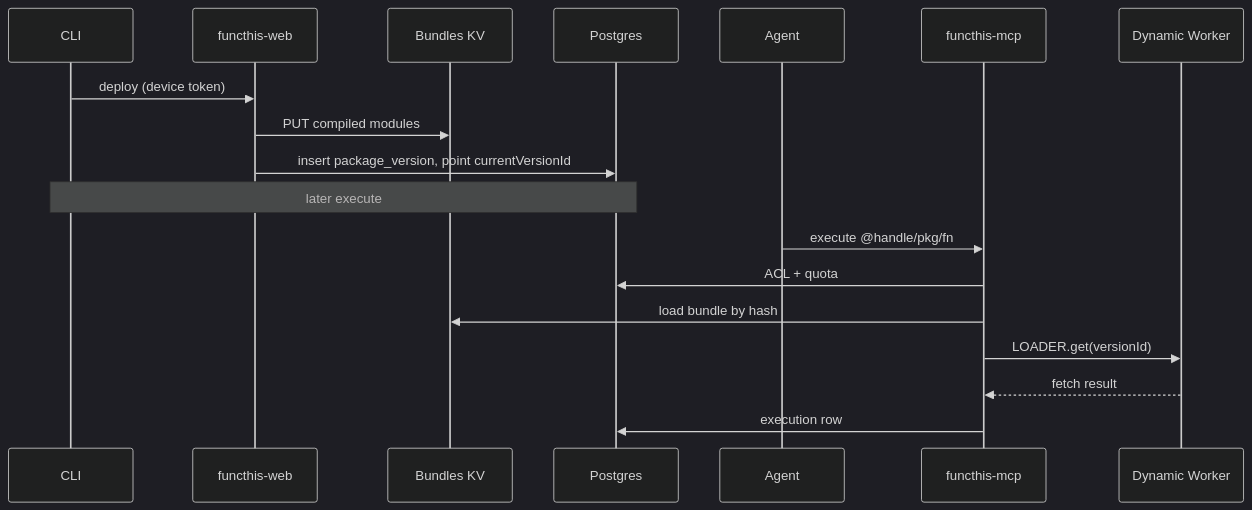
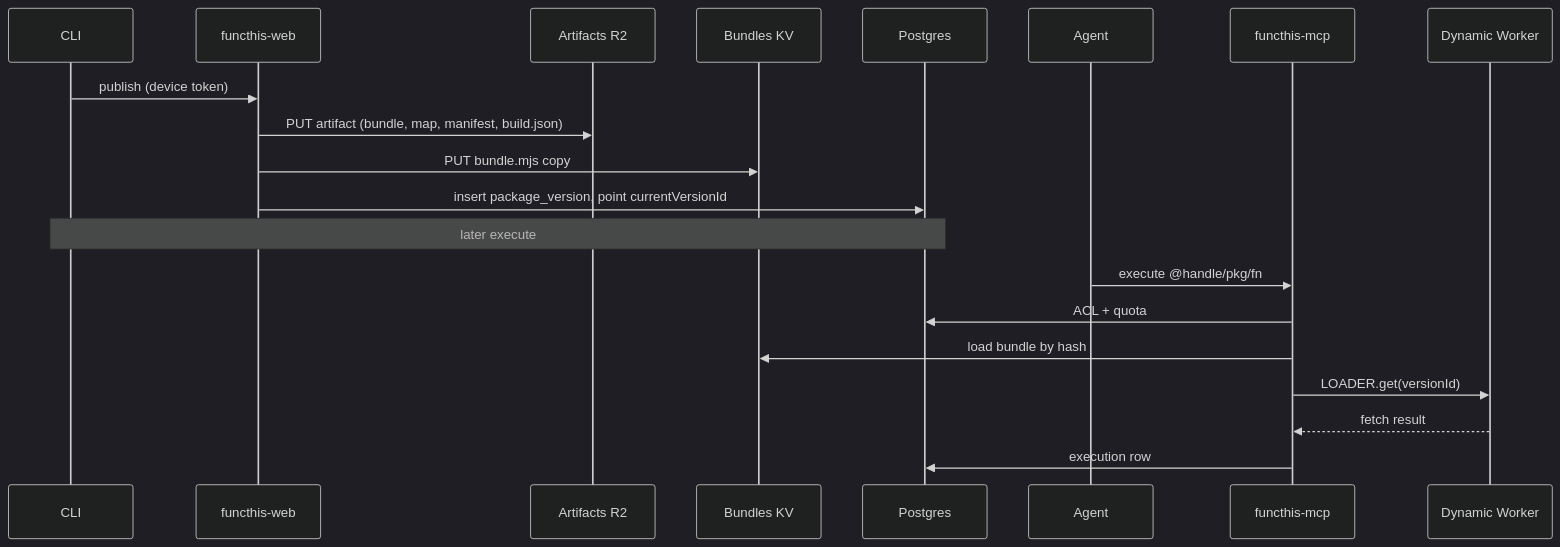
Before and after one commit to xmazu/functhis: the second of 3 diagrams in architecture.md, drawn with Mermaid (dark theme). The commit also changed other lines of this file and 198 other files, not shown here.

Commit message:
feat: implement publish API routes for start and finalize, create publish handler context, and add authentication token parsing; enhance CLI with publish functionality and validation tests

````diff
--- a/architecture.md
+++ b/architecture.md
@@ -231,21 +232,23 @@
 ```mermaid
 sequenceDiagram
   participant CLI
   participant Web as functhis-web
+  participant R2 as Artifacts R2
   participant KV as Bundles KV
   participant DB as Postgres
   participant Agent
   participant MCP as functhis-mcp
   participant DW as Dynamic Worker
 
-  CLI->>Web: deploy (device token)
-  Web->>KV: PUT compiled modules
+  CLI->>Web: publish (device token)
+  Web->>R2: PUT artifact (bundle, map, manifest, build.json)
+  Web->>KV: PUT bundle.mjs copy
   Web->>DB: insert package_version, point currentVersionId
   Note over CLI,DB: later execute
   Agent->>MCP: execute @handle/pkg/fn
   MCP->>DB: ACL + quota
   MCP->>KV: load bundle by hash
   MCP->>DW: LOADER.get(versionId)
   DW-->>MCP: fetch result
   MCP->>DB: execution row
 ```
````
